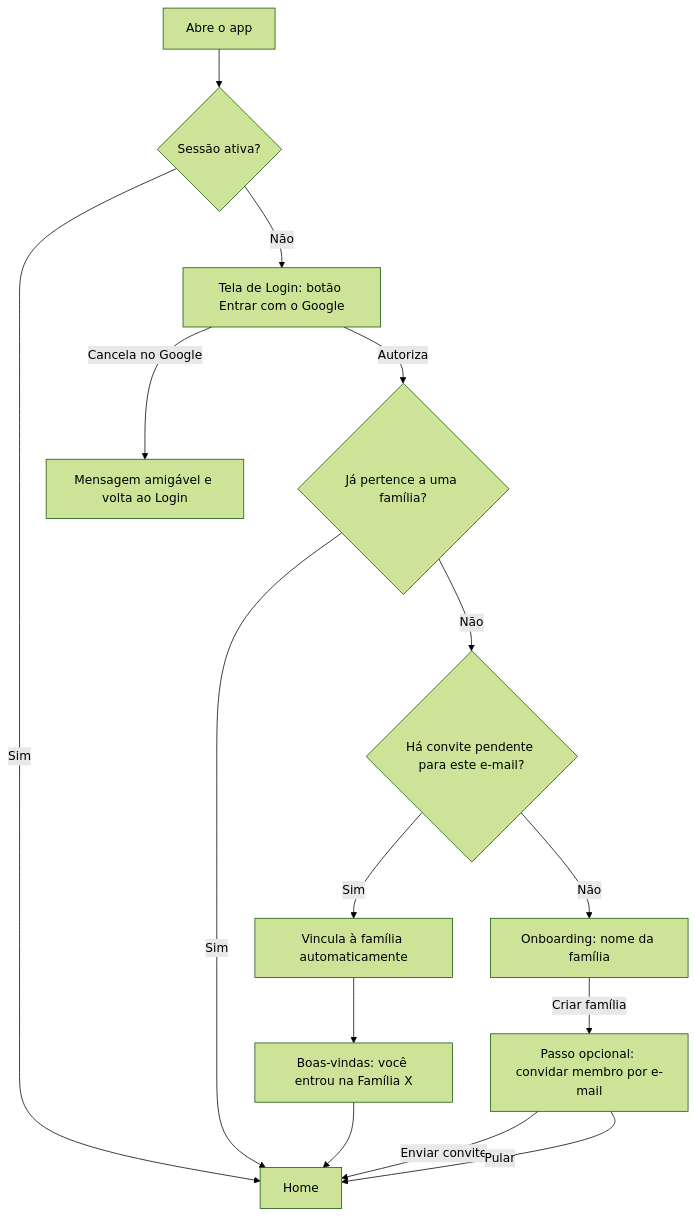
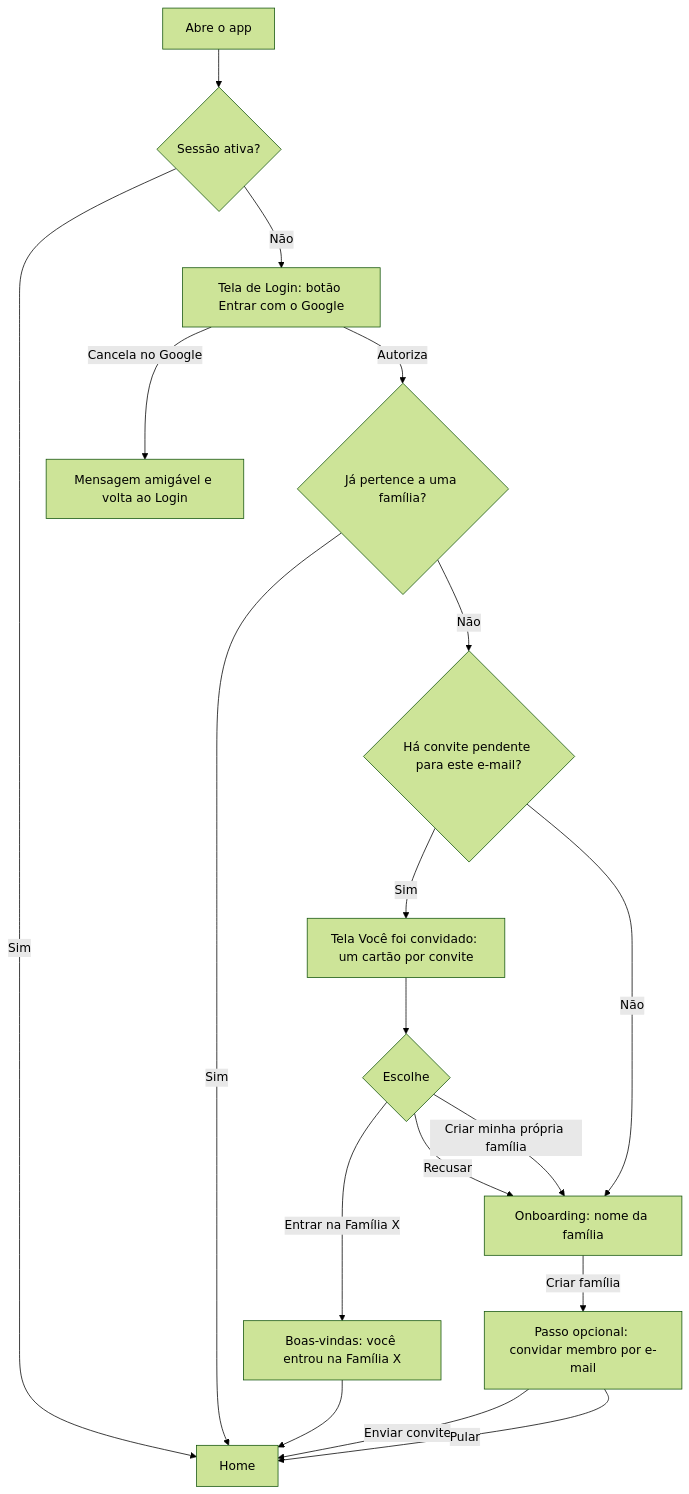
One commit to arlandantas/finance-manager changed the diagram in agents/product-owner/flows/FLUXO-002-onboarding-e-convite.md. Above: the diagram before and after it, drawn with Mermaid (forest theme). The commit also changed other lines of this file and 23 other files, not shown here.

````diff
--- a/agents/product-owner/flows/FLUXO-002-onboarding-e-convite.md
+++ b/agents/product-owner/flows/FLUXO-002-onboarding-e-convite.md
@@ -11,15 +11,18 @@
 ```mermaid
 flowchart TD
     START[Abre o app] --> AUTH{Sessão ativa?}
     AUTH -- Sim --> HOME[Home]
     AUTH -- Não --> LOGIN[Tela de Login: botão Entrar com o Google]
     LOGIN -->|Cancela no Google| LOGINERR[Mensagem amigável e volta ao Login]
     LOGIN -->|Autoriza| HASFAM{Já pertence a uma família?}
     HASFAM -- Sim --> HOME
     HASFAM -- Não --> INV{Há convite pendente para este e-mail?}
-    INV -- Sim --> JOIN[Vincula à família automaticamente] --> WELCOME[Boas-vindas: você entrou na Família X] --> HOME
+    INV -- Sim --> CARD[Tela Você foi convidado: um cartão por convite] --> CHOICE{Escolhe}
+    CHOICE -- Entrar na Família X --> WELCOME[Boas-vindas: você entrou na Família X] --> HOME
+    CHOICE -- Recusar --> ONB
+    CHOICE -- Criar minha própria família --> ONB
     INV -- Não --> ONB[Onboarding: nome da família]
     ONB -->|Criar família| INVITE[Passo opcional: convidar membro por e-mail]
     INVITE -->|Enviar convite| HOME
     INVITE -->|Pular| HOME
 ```
````
